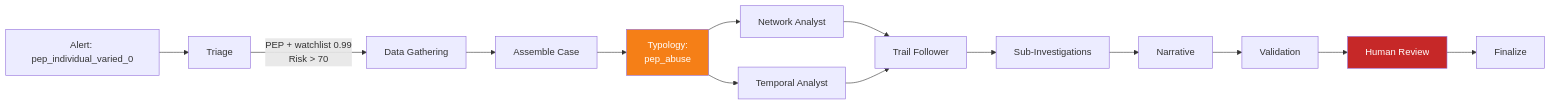
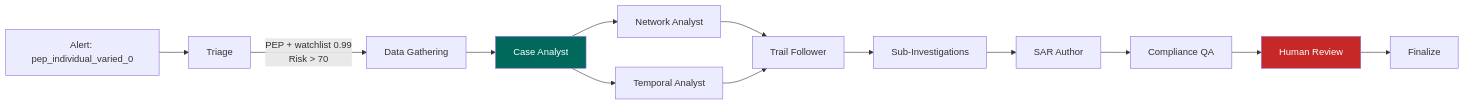
One commit to mongodb-industry-solutions/fsi-aml-fraud-detection changed diagram 17 of 19 in docs/AGENTIC_INVESTIGATION_PIPELINE.md. Above: the diagram before and after it, drawn with Mermaid. The commit also changed other lines of this file, not shown here.

````diff
--- a/docs/AGENTIC_INVESTIGATION_PIPELINE.md
+++ b/docs/AGENTIC_INVESTIGATION_PIPELINE.md
@@ -1337,19 +1327,18 @@
 ```mermaid
 flowchart LR
     A["Alert: pep_individual_varied_0"] --> T["Triage"]
     T -->|"PEP + watchlist 0.99<br/>Risk > 70"| DG["Data Gathering"]
-    DG --> AC["Assemble Case"]
-    AC --> TY["Typology:<br/>pep_abuse"]
-    TY --> NA["Network Analyst"]
-    TY --> TA["Temporal Analyst"]
+    DG --> CA["Case Analyst"]
+    CA --> NA["Network Analyst"]
+    CA --> TA["Temporal Analyst"]
     NA --> TF["Trail Follower"]
     TA --> TF
     TF --> SI["Sub-Investigations"]
-    SI --> NR["Narrative"]
-    NR --> V["Validation"]
-    V --> HR["Human Review"]
+    SI --> SA["SAR Author"]
+    SA --> CQ["Compliance QA"]
+    CQ --> HR["Human Review"]
     HR --> F["Finalize"]
 
-    style TY fill:#f57f17,color:#fff
+    style CA fill:#00695c,color:#fff
     style HR fill:#c62828,color:#fff
 ```
````
